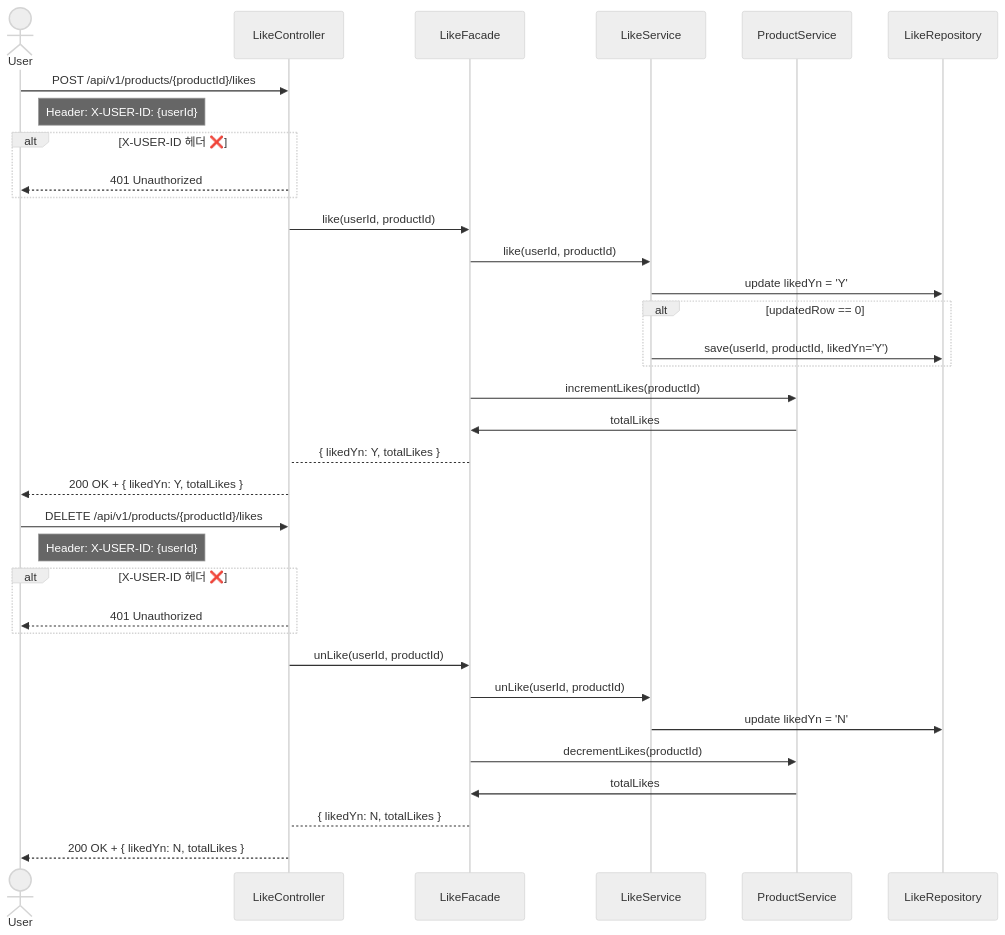
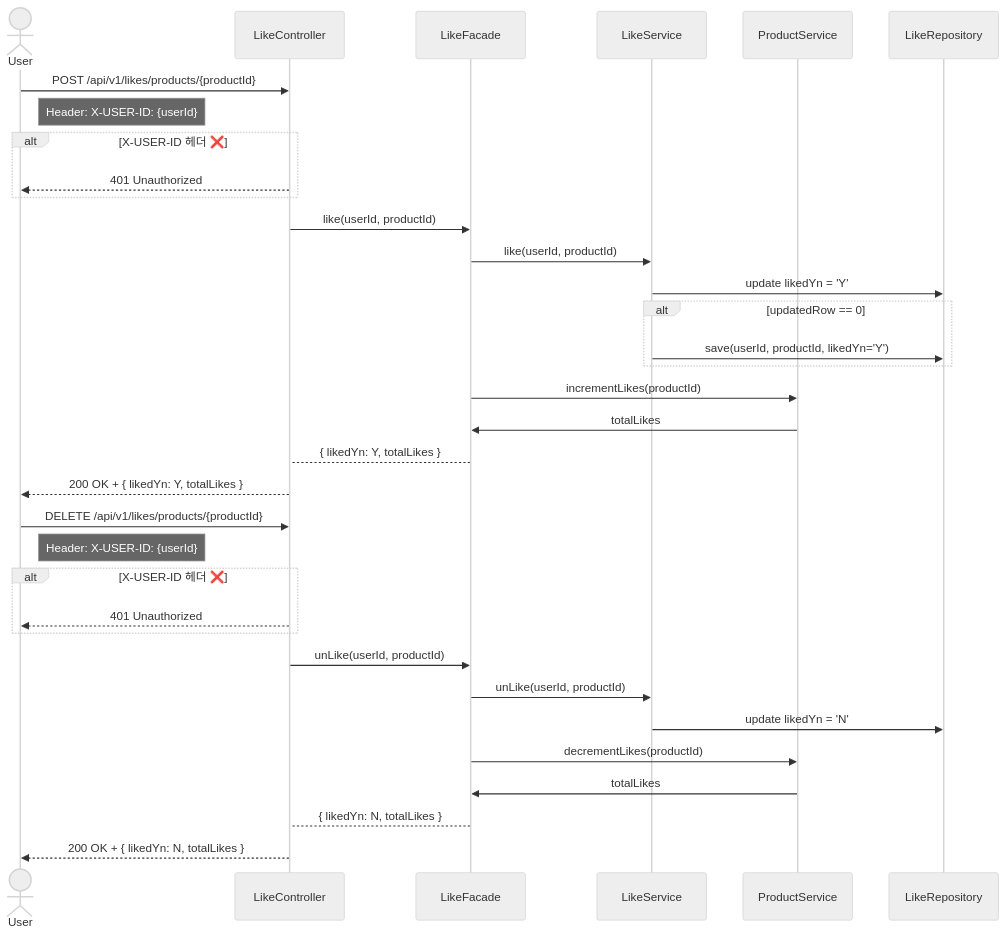
One commit to yuneong/loopers changed the fourth of 10 diagrams in docs/design/02-sequence-diagrams.md. Above: the diagram before and after it, drawn with Mermaid (neutral theme). The commit also changed other lines of this file and 1 other file, not shown here.

Commit message:
docs: api 명세 추가 및 api 엔드포인트 수정

````diff
--- a/docs/design/02-sequence-diagrams.md
+++ b/docs/design/02-sequence-diagrams.md
@@ -89,42 +89,42 @@
 ```mermaid
 sequenceDiagram
     actor User
     participant LikeController
     participant LikeFacade
     participant LikeService
     participant ProductService
     participant LikeRepository
 
     %% 좋아요 생성
-    User->>LikeController: POST /api/v1/products/{productId}/likes
+    User->>LikeController: POST /api/v1/likes/products/{productId}
     note right of User: Header: X-USER-ID: {userId}
     alt X-USER-ID 헤더 ❌
         LikeController-->>User: 401 Unauthorized
     end
 
     LikeController->>LikeFacade: like(userId, productId)
     LikeFacade->>LikeService: like(userId, productId)
     LikeService->>LikeRepository: update likedYn = 'Y' 
     alt updatedRow == 0
         LikeService->>LikeRepository: save(userId, productId, likedYn='Y')
     end
     LikeFacade->>ProductService: incrementLikes(productId)
     ProductService->>LikeFacade: totalLikes
     LikeFacade-->LikeController: { likedYn: Y, totalLikes }
     LikeController-->>User: 200 OK + { likedYn: Y, totalLikes }
 
     %% 좋아요 삭제
-    User->>LikeController: DELETE /api/v1/products/{productId}/likes
+    User->>LikeController: DELETE /api/v1/likes/products/{productId}
     note right of User: Header: X-USER-ID: {userId}
     alt X-USER-ID 헤더 ❌
         LikeController-->>User: 401 Unauthorized
     end
 
     LikeController->>LikeFacade: unLike(userId, productId)
     LikeFacade->>LikeService: unLike(userId, productId)
     LikeService->>LikeRepository: update likedYn = 'N' 
     LikeFacade->>ProductService: decrementLikes(productId)
     ProductService->>LikeFacade: totalLikes
     LikeFacade-->LikeController: { likedYn: N, totalLikes }
     LikeController-->>User: 200 OK + { likedYn: N, totalLikes }
 ```
````
